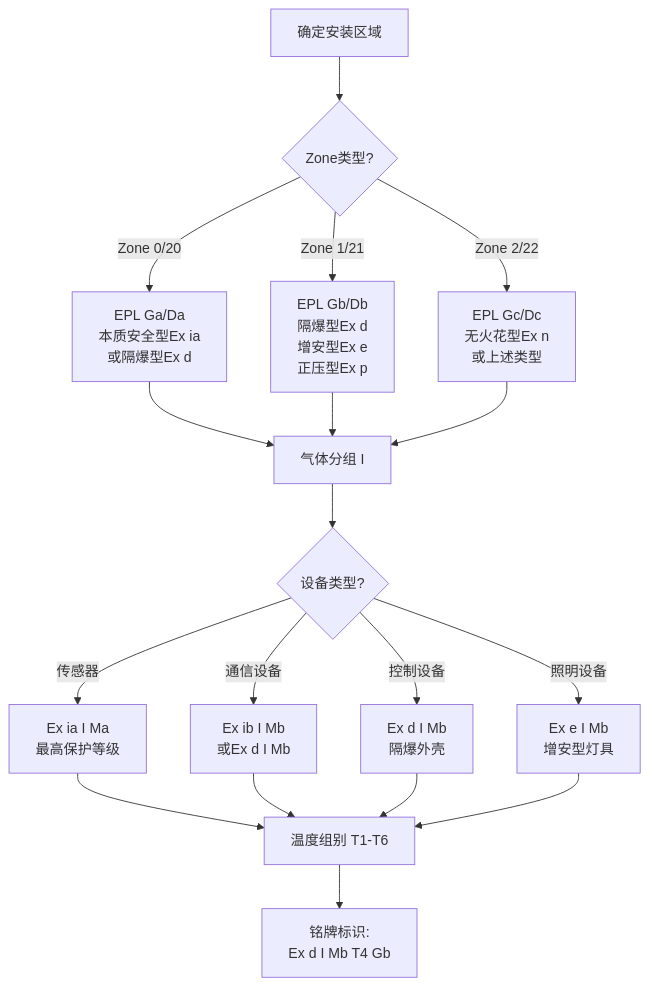
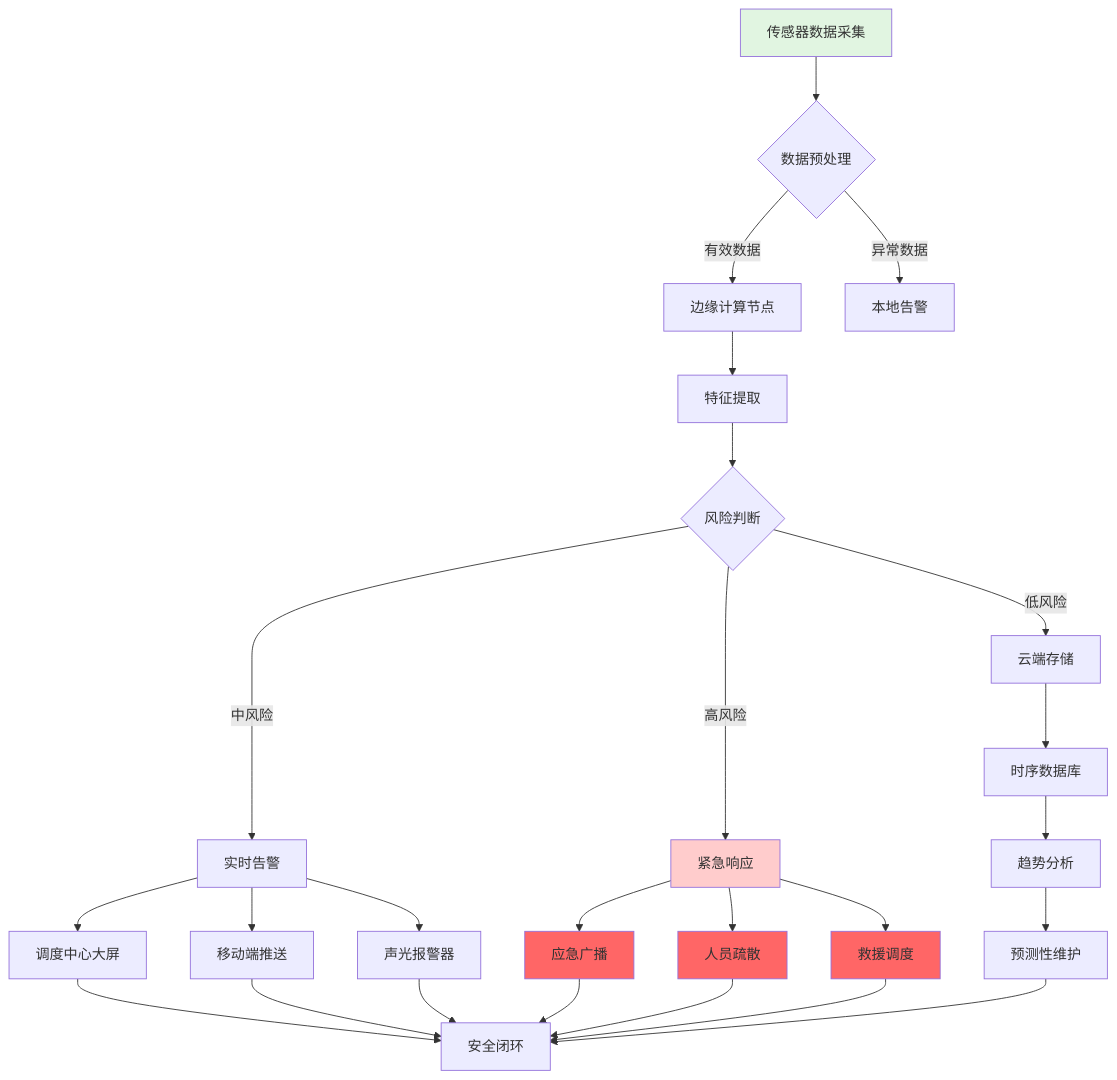
The second of 7 diagrams in Flink-IoT-Authority-Alignment/Phase-11-Mining-Oil-Gas/case-mining-oilgas-complete.md (AdaMartin18010/AnalysisDataFlow), drawn with Mermaid before and after one commit. The commit also changed other lines of this file and 3 other files, not shown here.

````diff
--- a/Flink-IoT-Authority-Alignment/Phase-11-Mining-Oil-Gas/case-mining-oilgas-complete.md
+++ b/Flink-IoT-Authority-Alignment/Phase-11-Mining-Oil-Gas/case-mining-oilgas-complete.md
@@ -571,25 +3491,34 @@
 ```mermaid
 flowchart TD
-    A[确定安装区域] --> B{Zone类型?}
+    A[传感器数据采集] --> B{数据预处理}
+    B -->|有效数据| C[边缘计算节点]
+    B -->|异常数据| D[本地告警]
 
-    B -->|Zone 0/20| C[EPL Ga/Da<br/>本质安全型Ex ia<br/>或隔爆型Ex d]
-    B -->|Zone 1/21| D[EPL Gb/Db<br/>隔爆型Ex d<br/>增安型Ex e<br/>正压型Ex p]
-    B -->|Zone 2/22| E[EPL Gc/Dc<br/>无火花型Ex n<br/>或上述类型]
+    C --> E[特征提取]
+    E --> F{风险判断}
 
-    C --> F[气体分组 I]
-    D --> F
-    E --> F
+    F -->|低风险| G[云端存储]
+    F -->|中风险| H[实时告警]
+    F -->|高风险| I[紧急响应]
 
-    F --> G{设备类型?}
-    G -->|传感器| H[Ex ia I Ma<br/>最高保护等级]
-    G -->|通信设备| I[Ex ib I Mb<br/>或Ex d I Mb]
-    G -->|控制设备| J[Ex d I Mb<br/>隔爆外壳]
-    G -->|照明设备| K[Ex e I Mb<br/>增安型灯具]
+    G --> J[时序数据库]
+    J --> K[趋势分析]
+    K --> L[预测性维护]
 
-    H --> L[温度组别 T1-T6]
-    I --> L
-    J --> L
-    K --> L
+    H --> M[调度中心大屏]
+    H --> N[移动端推送]
+    H --> O[声光报警器]
 
-    L --> M[铭牌标识:<br/>Ex d I Mb T4 Gb]
+    I --> P[应急广播]
+    I --> Q[人员疏散]
+    I --> R[救援调度]
+
+    M & N & O & P & Q & R --> S[安全闭环]
+    L --> S
+
+    style A fill:#e1f5e1
+    style I fill:#ffcccc
+    style P fill:#ff6666
+    style Q fill:#ff6666
+    style R fill:#ff6666
 ```
````
